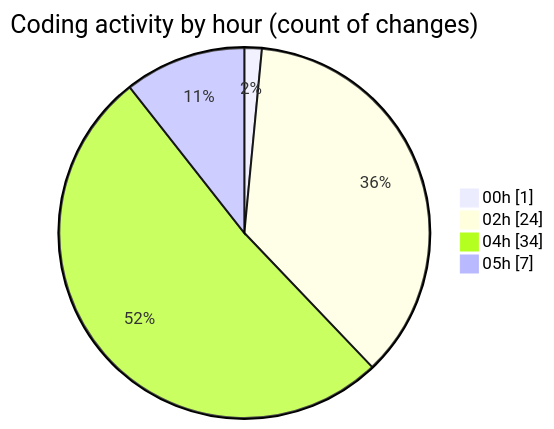
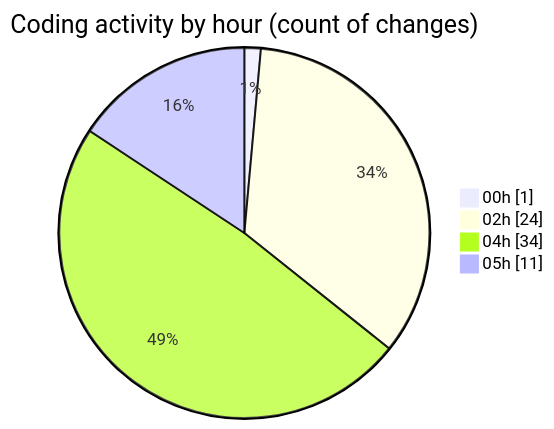
One commit to julien-gomy/code-tracking changed the second of 2 diagrams in 2025-11-23/eventscop-api-guide__workspace_/README.md. Above: the diagram before and after it, drawn with Mermaid. The commit also changed other lines of this file and 1 other file, not shown here.

````diff
--- a/2025-11-23/eventscop-api-guide__workspace_/README.md
+++ b/2025-11-23/eventscop-api-guide__workspace_/README.md
@@ -38,8 +38,8 @@
 ```mermaid
 pie showData
 title Coding activity by hour (count of changes)
 "00h" : 1
 "02h" : 24
 "04h" : 34
-"05h" : 7
+"05h" : 11
 ```
````
